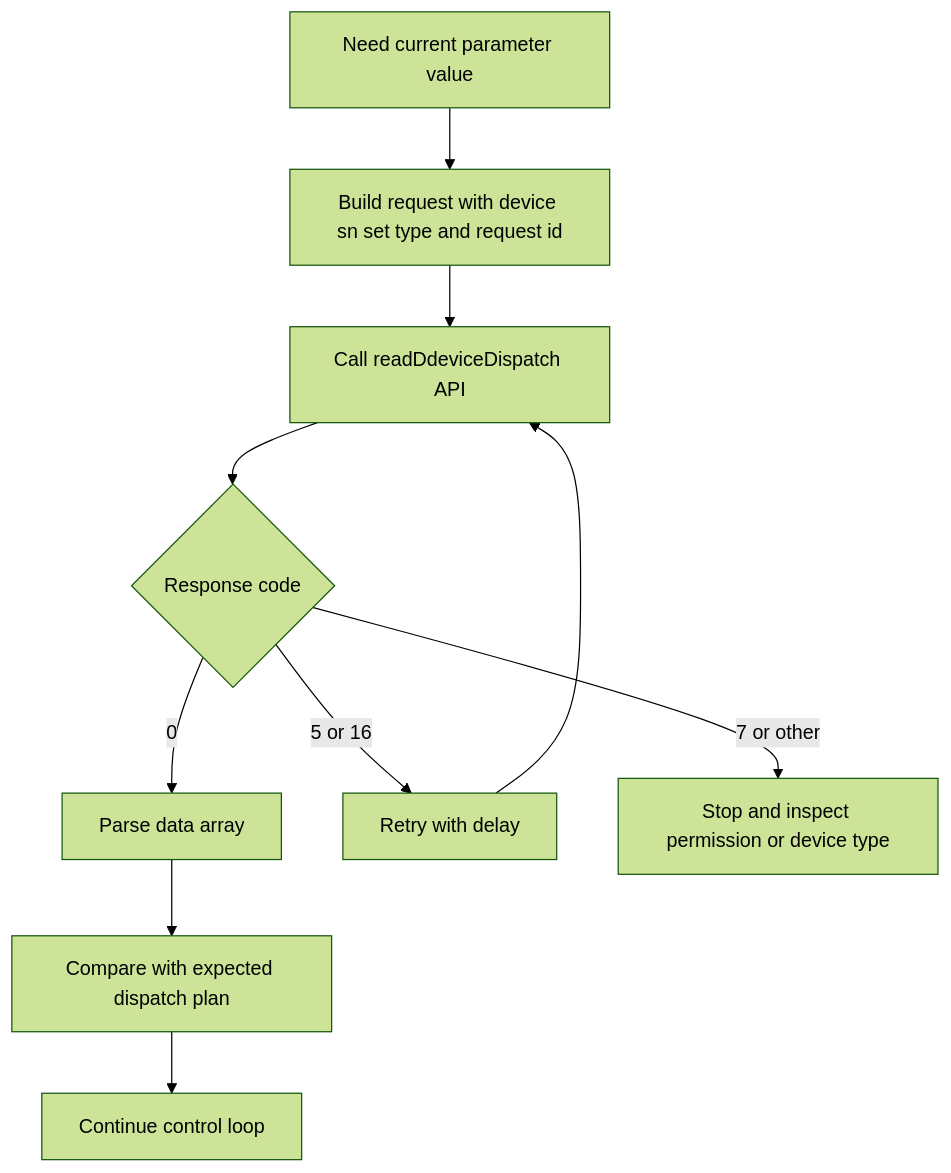
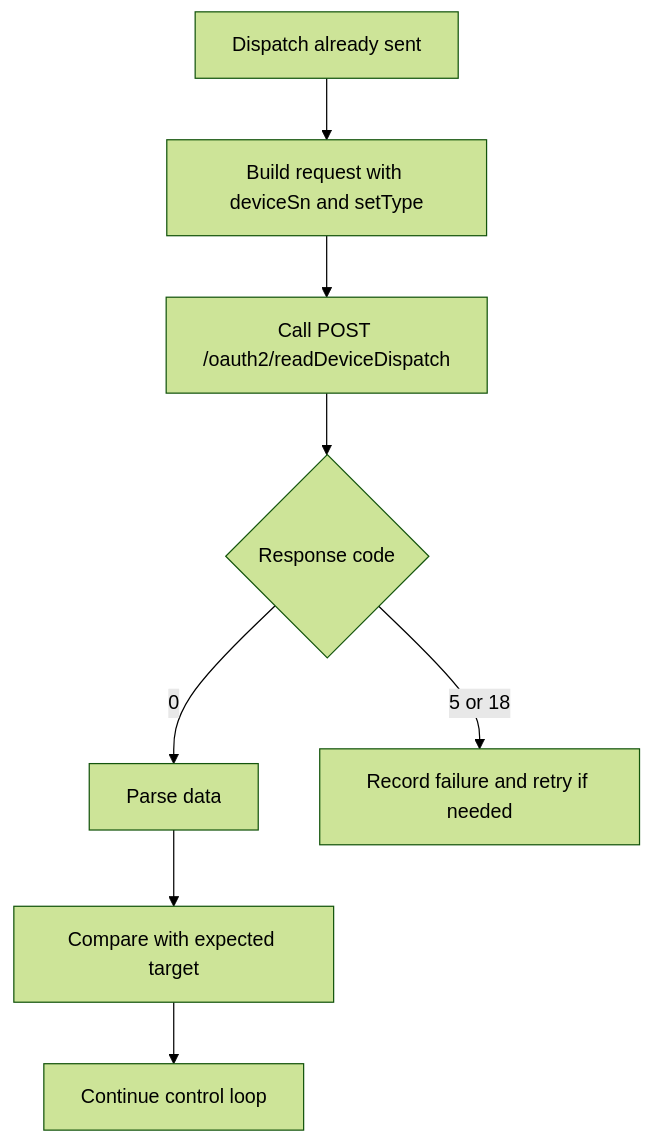
The diagram in Growatt API/OPENAPI/06_api_read_dispatch.md (EugeneJian/growatt-unified-api), drawn with Mermaid (forest theme) before and after one commit. The commit also changed other lines of this file and 26 other files, not shown here.

````diff
--- a/Growatt API/OPENAPI/06_api_read_dispatch.md
+++ b/Growatt API/OPENAPI/06_api_read_dispatch.md
@@ -16,13 +22,11 @@
 ```mermaid
 %% 本代码严格遵循AI生成Mermaid代码的终极准则v4.1（Mermaid终极大师）
 flowchart TD
-    A["Need current parameter value"] --> B["Build request with device sn set type and request id"]
-    B --> C["Call readDdeviceDispatch API"]
+    A["Dispatch already sent"] --> B["Build request with deviceSn and setType"]
+    B --> C["Call POST /oauth2/readDeviceDispatch"]
     C --> D{"Response code"}
-    D -->|"0"| E["Parse data array"]
-    D -->|"5 or 16"| F["Retry with delay"]
-    D -->|"7 or other"| G["Stop and inspect permission or device type"]
-    E --> H["Compare with expected dispatch plan"]
-    H --> I["Continue control loop"]
-    F --> C
+    D -->|"0"| E["Parse data"]
+    D -->|"5 or 18"| F["Record failure and retry if needed"]
+    E --> G["Compare with expected target"]
+    G --> H["Continue control loop"]
 ```
````
